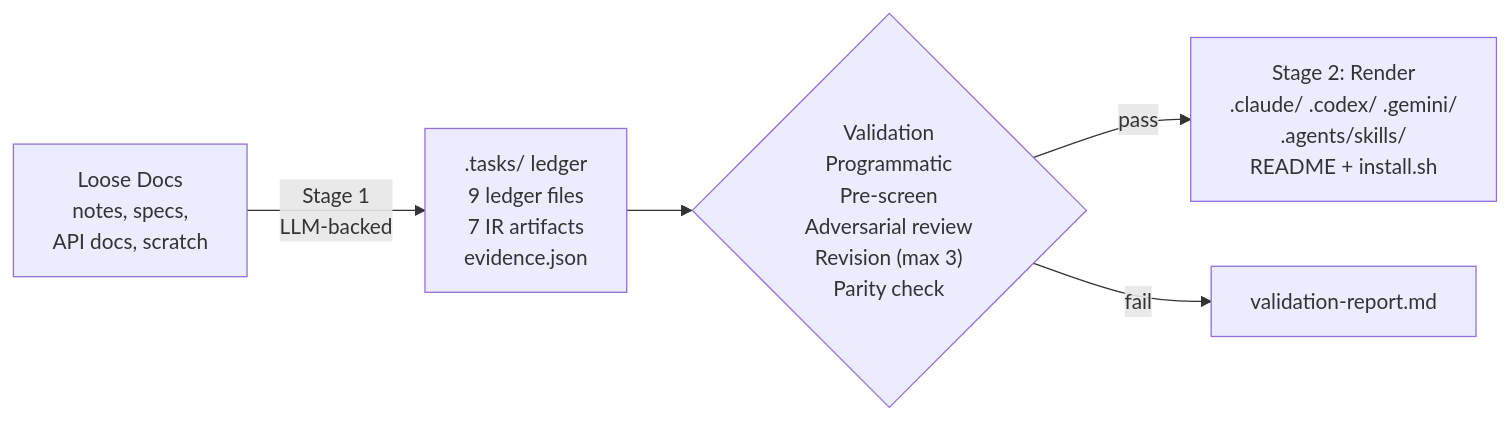
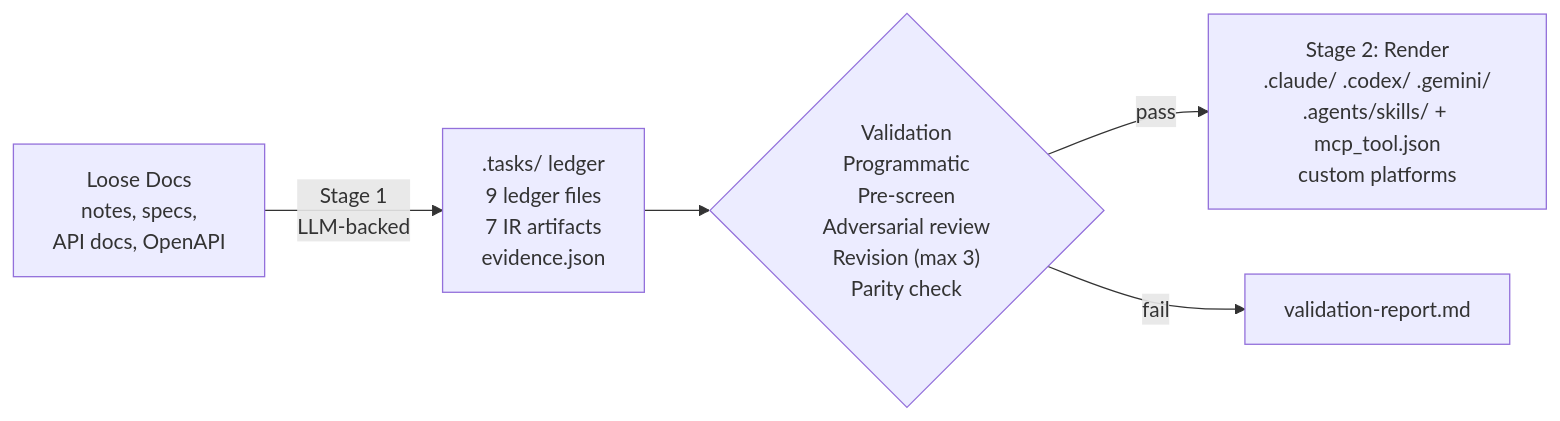
Before and after one commit to op7ic/SwarmMaker: the first of 3 diagrams in README.md, drawn with Mermaid. The commit also changed other lines of this file, not shown here.

First line of the commit message:
Update README with accurate charts, output tree, and feature placement

````diff
--- a/README.md
+++ b/README.md
@@ -11,7 +11,7 @@
 ```mermaid
 graph LR
-    A["Loose Docs<br/>notes, specs,<br/>API docs, scratch"] -->|Stage 1<br/>LLM-backed| B[".tasks/ ledger<br/>9 ledger files<br/>7 IR artifacts<br/>evidence.json"]
+    A["Loose Docs<br/>notes, specs,<br/>API docs, OpenAPI"] -->|Stage 1<br/>LLM-backed| B[".tasks/ ledger<br/>9 ledger files<br/>7 IR artifacts<br/>evidence.json"]
     B --> C{"Validation<br/>Programmatic<br/>Pre-screen<br/>Adversarial review<br/>Revision (max 3)<br/>Parity check"}
-    C -->|pass| D["Stage 2: Render<br/>.claude/ .codex/ .gemini/<br/>.agents/skills/<br/>README + install.sh"]
+    C -->|pass| D["Stage 2: Render<br/>.claude/ .codex/ .gemini/<br/>.agents/skills/ + mcp_tool.json<br/>custom platforms"]
     C -->|fail| E["validation-report.md"]
 ```
````
